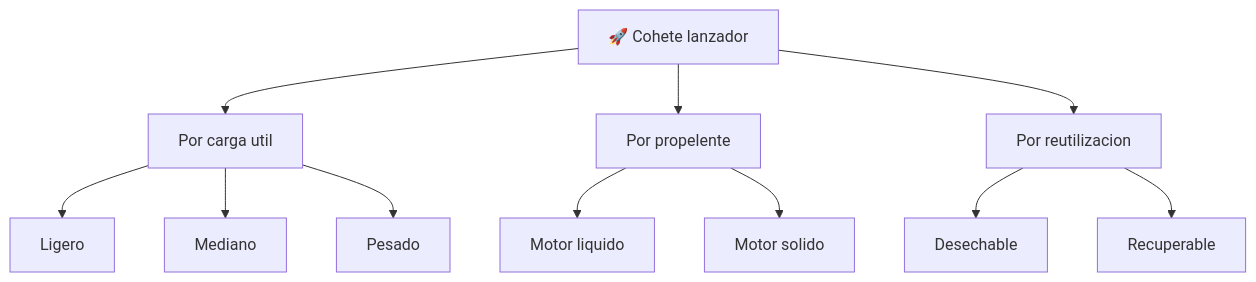
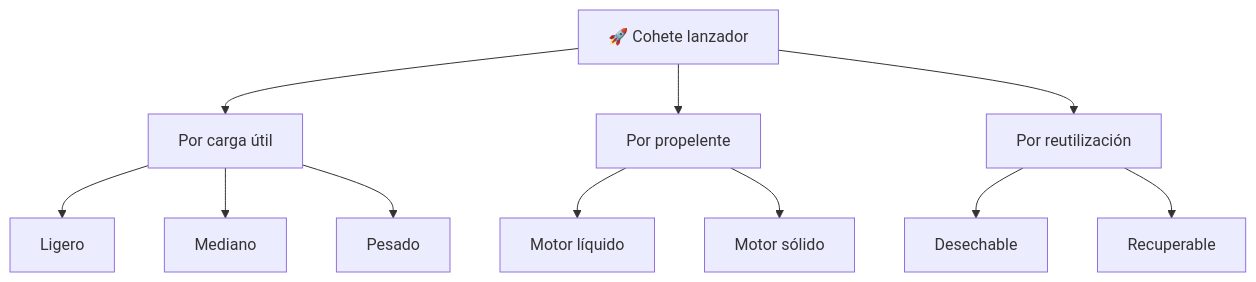
Before and after one commit to vladimiracunadev-create/machine-operator-program: the diagram in vehiculos/cohetes/operacion/caracteristicas-cohete.md, drawn with Mermaid. The commit also changed other lines of this file and 442 other files, not shown here.

````diff
--- a/vehiculos/cohetes/operacion/caracteristicas-cohete.md
+++ b/vehiculos/cohetes/operacion/caracteristicas-cohete.md
@@ -35,13 +35,13 @@
 ```mermaid
 flowchart TD
-    Cohete[🚀 Cohete lanzador] --> Carga[Por carga util]
+    Cohete[🚀 Cohete lanzador] --> Carga[Por carga útil]
     Cohete --> Propelente[Por propelente]
-    Cohete --> Reuso[Por reutilizacion]
+    Cohete --> Reuso[Por reutilización]
     Carga --> Ligero[Ligero]
     Carga --> Mediano[Mediano]
     Carga --> Pesado[Pesado]
-    Propelente --> Liquido[Motor liquido]
-    Propelente --> Solido[Motor solido]
+    Propelente --> Liquido[Motor líquido]
+    Propelente --> Solido[Motor sólido]
     Reuso --> Desechable[Desechable]
     Reuso --> Recuperable[Recuperable]
 ```
````
